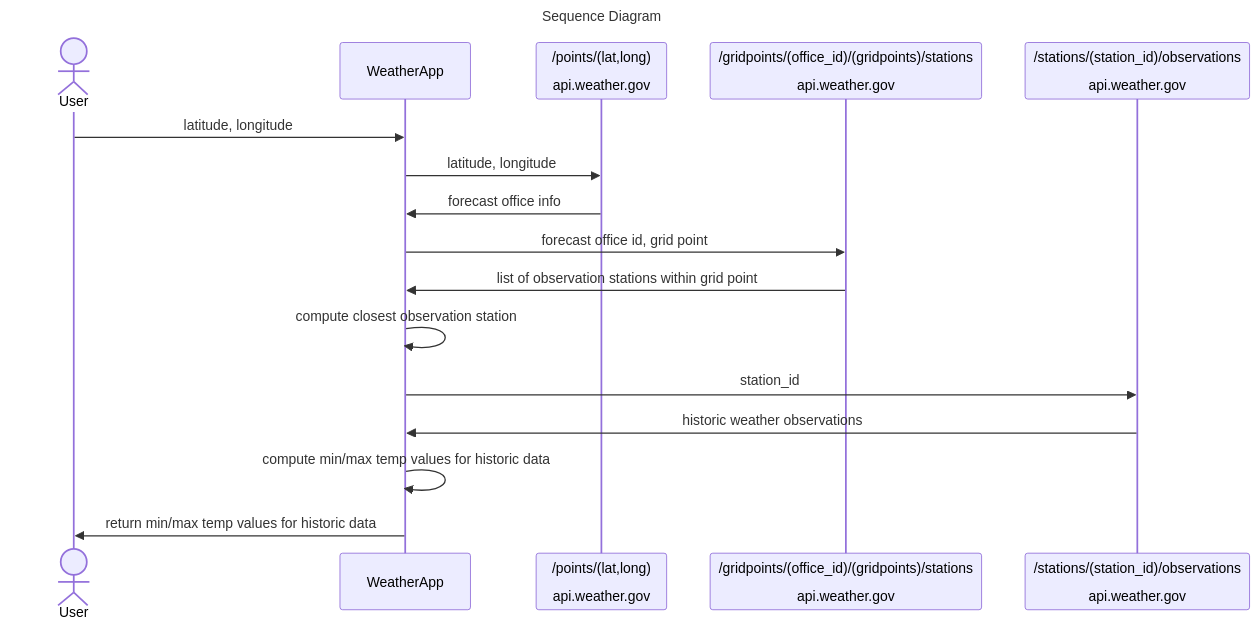
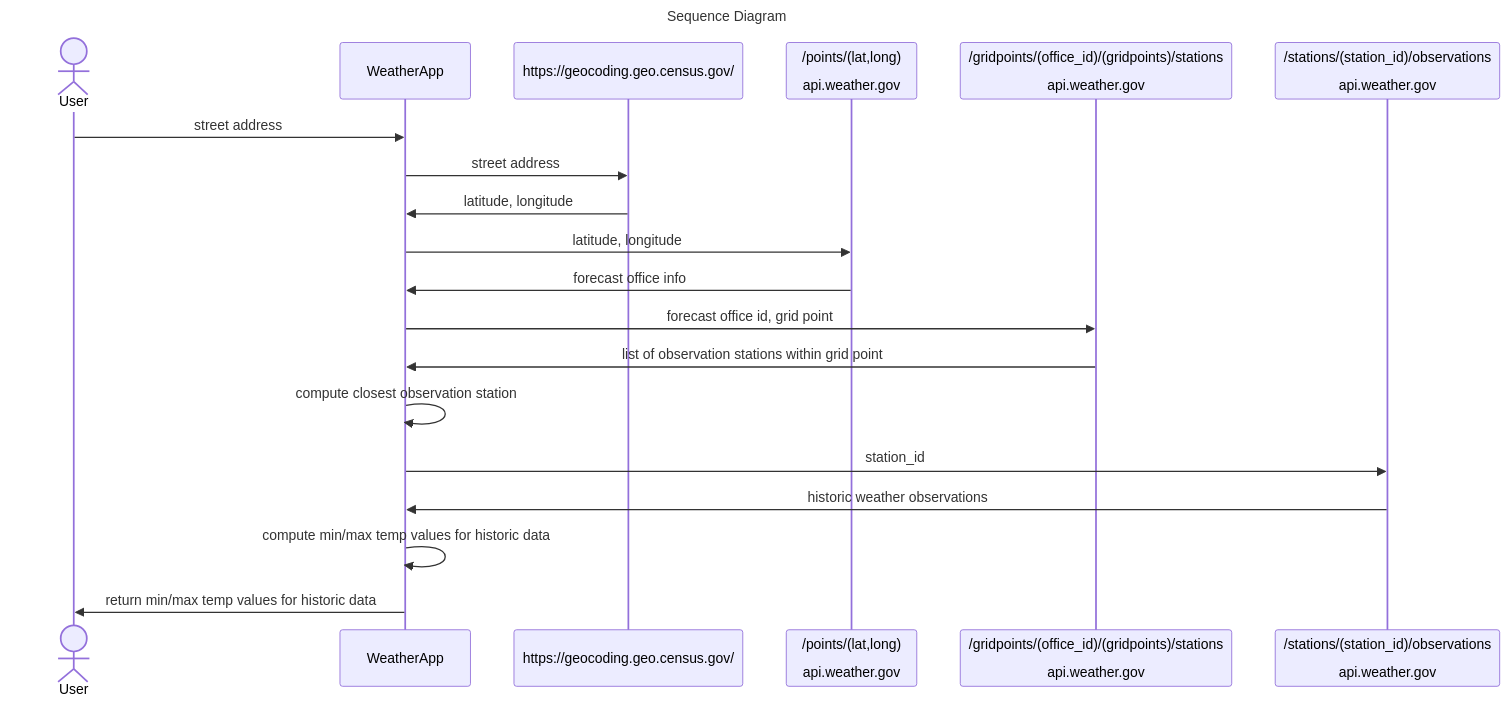
One commit to mkeshaw005/weather changed the third of 3 diagrams in README.md. Above: the diagram before and after it, drawn with Mermaid. The commit also changed other lines of this file and 9 other files, not shown here.

````diff
--- a/README.md
+++ b/README.md
@@ -31,19 +55,22 @@
 ```mermaid
 sequenceDiagram
     title Sequence Diagram 
     actor User
     participant w as WeatherApp
+    participant gc as https://geocoding.geo.census.gov/
     participant p as /points/(lat,long)<br /><br />api.weather.gov
     participant s as /gridpoints/(office_id)/(gridpoints)/stations<br /><br />api.weather.gov
     participant o as /stations/(station_id)/observations<br /><br />api.weather.gov
-    User ->> w: latitude, longitude
+    User ->> w: street address
+    w ->> gc: street address
+    gc ->> w: latitude, longitude
     w ->> p: latitude, longitude
     p ->> w: forecast office info
     w ->> s: forecast office id, grid point
     s ->> w: list of observation stations within grid point
     w ->> w: compute closest observation station
     w ->> o: station_id
     o ->> w: historic weather observations
     w ->> w: compute min/max temp values for historic data
     w ->> User: return min/max temp values for historic data
 ```
````
